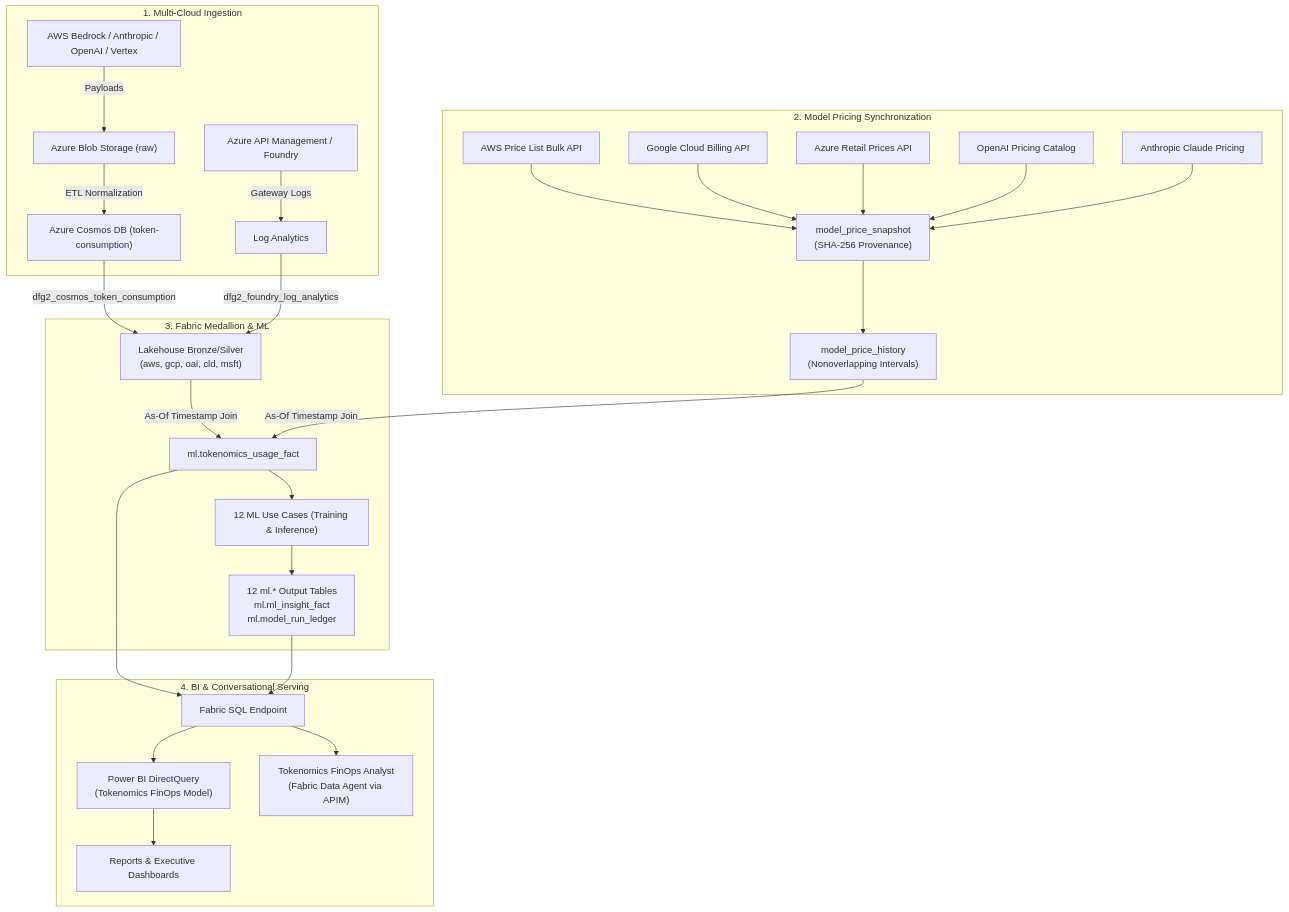
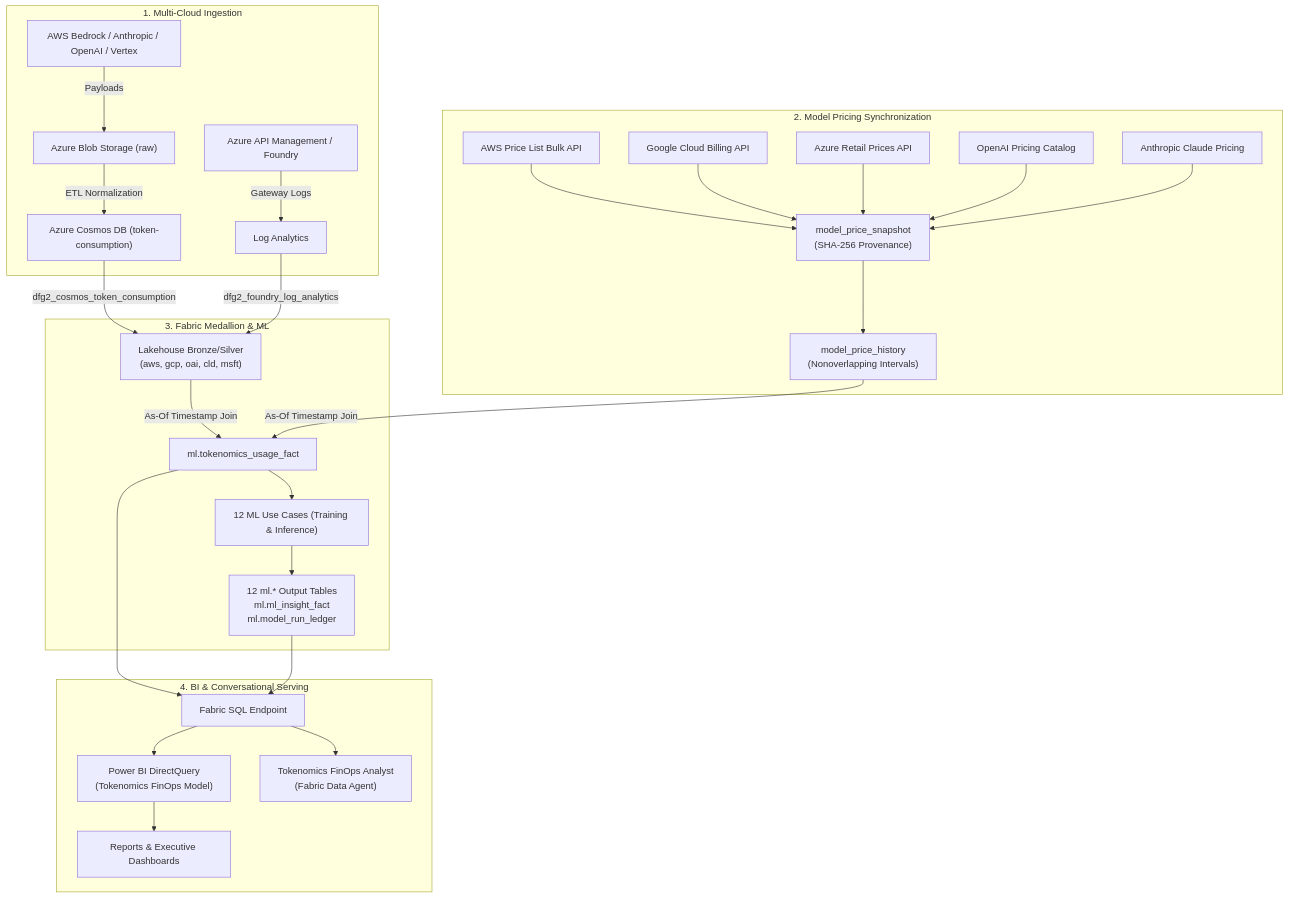
The diagram in README.md (csdmichael/FabricIQ-FoundryIQ-CostOps), drawn with Mermaid before and after one commit. The commit also changed other lines of this file and 114 other files, not shown here.

````diff
--- a/README.md
+++ b/README.md
@@ -47,32 +83,32 @@
 ```mermaid
 flowchart TD
     subgraph MultiCloud["1. Multi-Cloud Ingestion"]
         APIM["Azure API Management / Foundry"] -->|Gateway Logs| LA["Log Analytics"]
         AWS_GW["AWS Bedrock / Anthropic / OpenAI / Vertex"] -->|Payloads| RawBlob["Azure Blob Storage (raw)"]
         RawBlob -->|ETL Normalization| Cosmos["Azure Cosmos DB (token-consumption)"]
     end
 
     subgraph PricingSync["2. Model Pricing Synchronization"]
         AWS_Price["AWS Price List Bulk API"] --> Snap["model_price_snapshot\n(SHA-256 Provenance)"]
         GCP_Price["Google Cloud Billing API"] --> Snap
         Azure_Price["Azure Retail Prices API"] --> Snap
         OAI_Price["OpenAI Pricing Catalog"] --> Snap
         CLD_Price["Anthropic Claude Pricing"] --> Snap
         Snap --> RateHist["model_price_history\n(Nonoverlapping Intervals)"]
     end
 
     subgraph FabricMedallion["3. Fabric Medallion & ML"]
         Cosmos -->|dfg2_cosmos_token_consumption| Bronze["Lakehouse Bronze/Silver\n(aws, gcp, oai, cld, msft)"]
         LA -->|dfg2_foundry_log_analytics| Bronze
         Bronze & RateHist -->|As-Of Timestamp Join| Fact["ml.tokenomics_usage_fact"]
         Fact --> ML["12 ML Use Cases (Training & Inference)"]
         ML --> MLTables["12 ml.* Output Tables\nml.ml_insight_fact\nml.model_run_ledger"]
     end
 
     subgraph Serving["4. BI & Conversational Serving"]
         Fact & MLTables --> SQL["Fabric SQL Endpoint"]
         SQL --> DirectQuery["Power BI DirectQuery\n(Tokenomics FinOps Model)"]
         DirectQuery --> Dashboards["Reports & Executive Dashboards"]
-        SQL --> DataAgent["Tokenomics FinOps Analyst\n(Fabric Data Agent via APIM)"]
+        SQL --> DataAgent["Tokenomics FinOps Analyst\n(Fabric Data Agent)"]
     end
 ```
````
